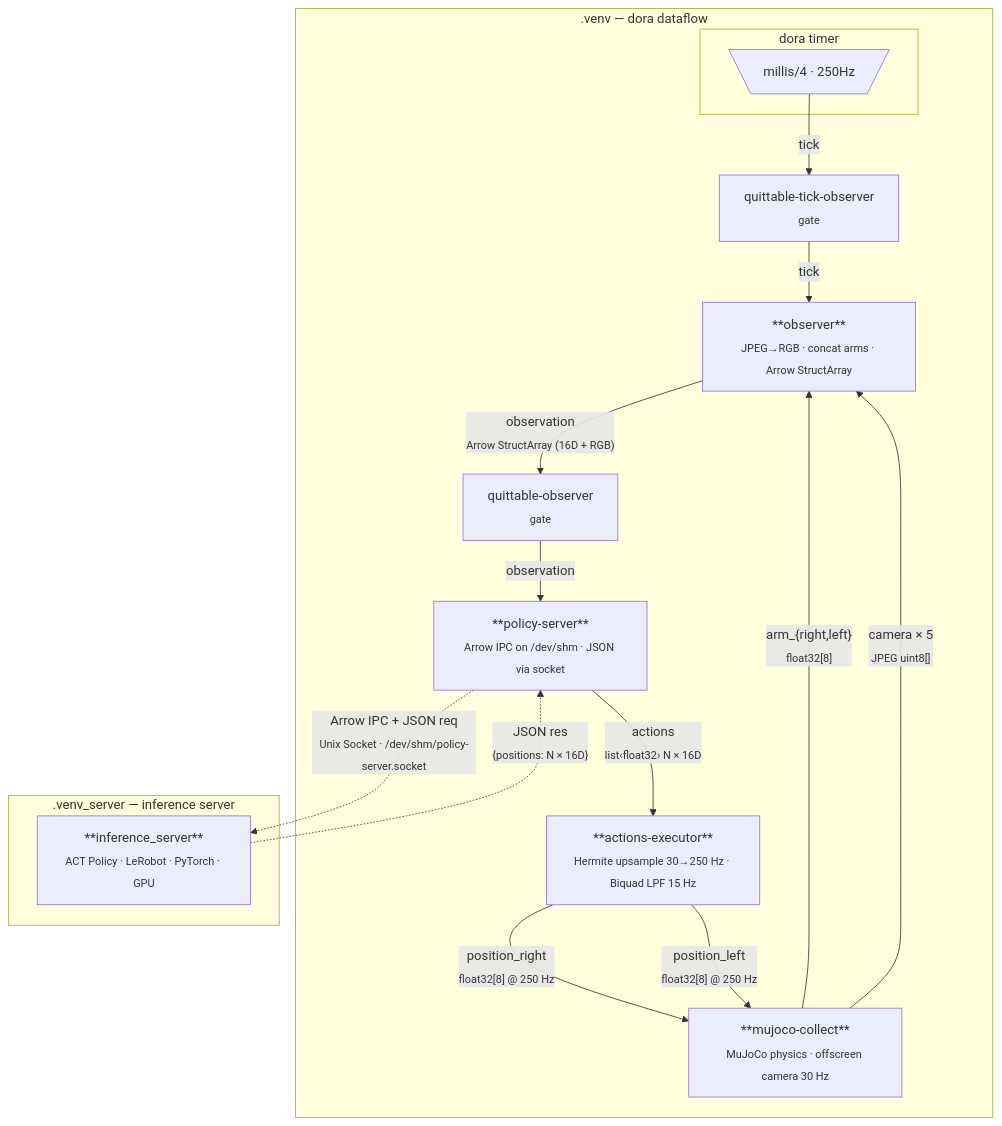
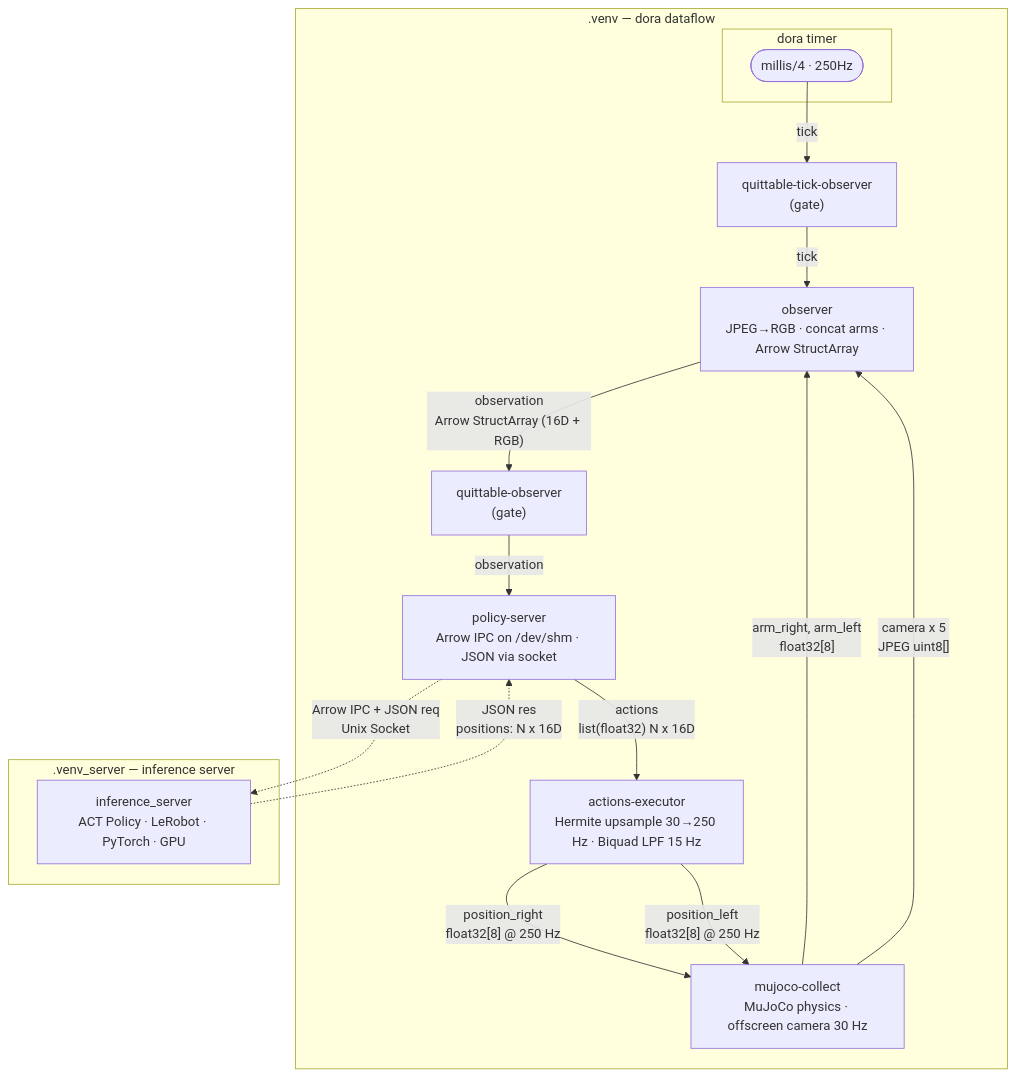
One commit to k1000dai/dora-openarm-inference-lerobot changed the diagram in README.md. Above: the diagram before and after it, drawn with Mermaid.

````diff
--- a/README.md
+++ b/README.md
@@ -31,36 +31,36 @@
 ```mermaid
 flowchart TB
   subgraph venv [".venv — dora dataflow"]
-    subgraph dora_timer [dora timer]
-      timer[\millis/4 · 250Hz/]
+    subgraph dora_timer ["dora timer"]
+      timer(["millis/4 · 250Hz"])
     end
 
-    tick_gate["quittable-tick-observer<br/><sub>gate</sub>"]
-    obs_gate["quittable-observer<br/><sub>gate</sub>"]
+    tick_gate["quittable-tick-observer<br>(gate)"]
+    obs_gate["quittable-observer<br>(gate)"]
 
-    observer["**observer**<br/><sub>JPEG→RGB · concat arms · Arrow StructArray</sub>"]
-    policy["**policy-server**<br/><sub>Arrow IPC on /dev/shm · JSON via socket</sub>"]
-    executor["**actions-executor**<br/><sub>Hermite upsample 30→250 Hz · Biquad LPF 15 Hz</sub>"]
-    mujoco["**mujoco-collect**<br/><sub>MuJoCo physics · offscreen camera 30 Hz</sub>"]
+    observer["observer<br>JPEG→RGB · concat arms · Arrow StructArray"]
+    policy["policy-server<br>Arrow IPC on /dev/shm · JSON via socket"]
+    executor["actions-executor<br>Hermite upsample 30→250 Hz · Biquad LPF 15 Hz"]
+    mujoco["mujoco-collect<br>MuJoCo physics · offscreen camera 30 Hz"]
   end
 
   subgraph venv_server [".venv_server — inference server"]
-    inference["**inference_server**<br/><sub>ACT Policy · LeRobot · PyTorch · GPU</sub>"]
+    inference["inference_server<br>ACT Policy · LeRobot · PyTorch · GPU"]
   end
 
   timer -- tick --> tick_gate -- tick --> observer
 
-  mujoco -- "arm_{right,left}<br/><sub>float32[8]</sub>" --> observer
-  mujoco -- "camera × 5<br/><sub>JPEG uint8[]</sub>" --> observer
+  mujoco -- "arm_right, arm_left<br>float32[8]" --> observer
+  mujoco -- "camera x 5<br>JPEG uint8[]" --> observer
 
-  observer -- "observation<br/><sub>Arrow StructArray (16D + RGB)</sub>" --> obs_gate
+  observer -- "observation<br>Arrow StructArray (16D + RGB)" --> obs_gate
   obs_gate -- observation --> policy
 
-  policy -. "Arrow IPC + JSON req<br/><sub>Unix Socket · /dev/shm/policy-server.socket</sub>" .-> inference
-  inference -. "JSON res<br/><sub>{positions: N × 16D}</sub>" .-> policy
+  policy -. "Arrow IPC + JSON req<br>Unix Socket" .-> inference
+  inference -. "JSON res<br>positions: N x 16D" .-> policy
 
-  policy -- "actions<br/><sub>list‹float32› N × 16D</sub>" --> executor
+  policy -- "actions<br>list(float32) N x 16D" --> executor
 
-  executor -- "position_right<br/><sub>float32[8] @ 250 Hz</sub>" --> mujoco
-  executor -- "position_left<br/><sub>float32[8] @ 250 Hz</sub>" --> mujoco
+  executor -- "position_right<br>float32[8] @ 250 Hz" --> mujoco
+  executor -- "position_left<br>float32[8] @ 250 Hz" --> mujoco
 ```
````
